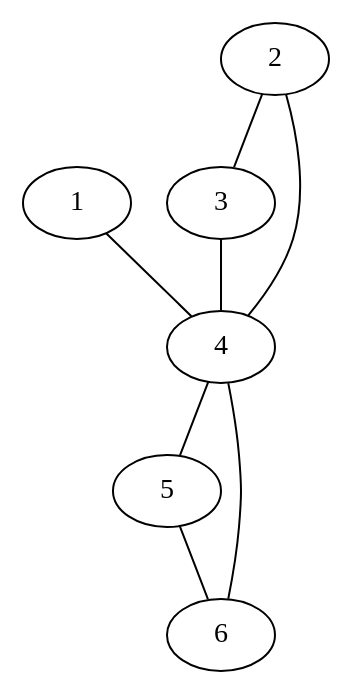
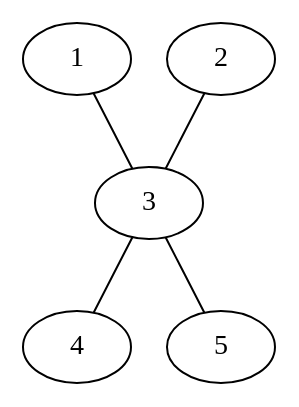
Before and after one commit to marina-medeiros/grafos: the diagram in aula04/output/grafo.dot, drawn with Graphviz. The commit also changed 3 other files, not shown here.

```diff
--- a/aula04/output/grafo.dot
+++ b/aula04/output/grafo.dot
@@ -1,15 +1,11 @@
 graph G {
   1;
   2;
   3;
   4;
   5;
-  6;
-  1 -- 4;
+  1 -- 3;
   2 -- 3;
-  2 -- 4;
   3 -- 4;
-  4 -- 5;
-  4 -- 6;
-  5 -- 6;
+  3 -- 5;
 }
```
